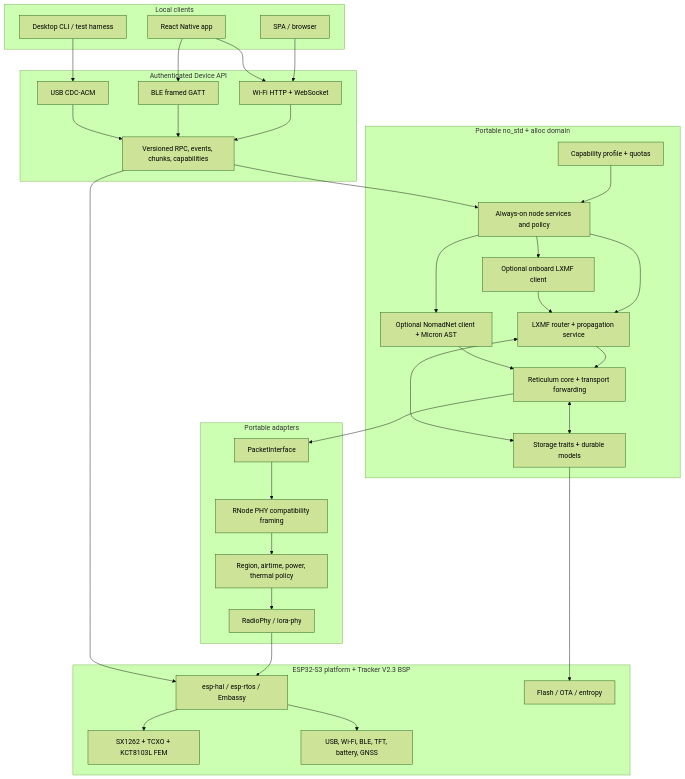
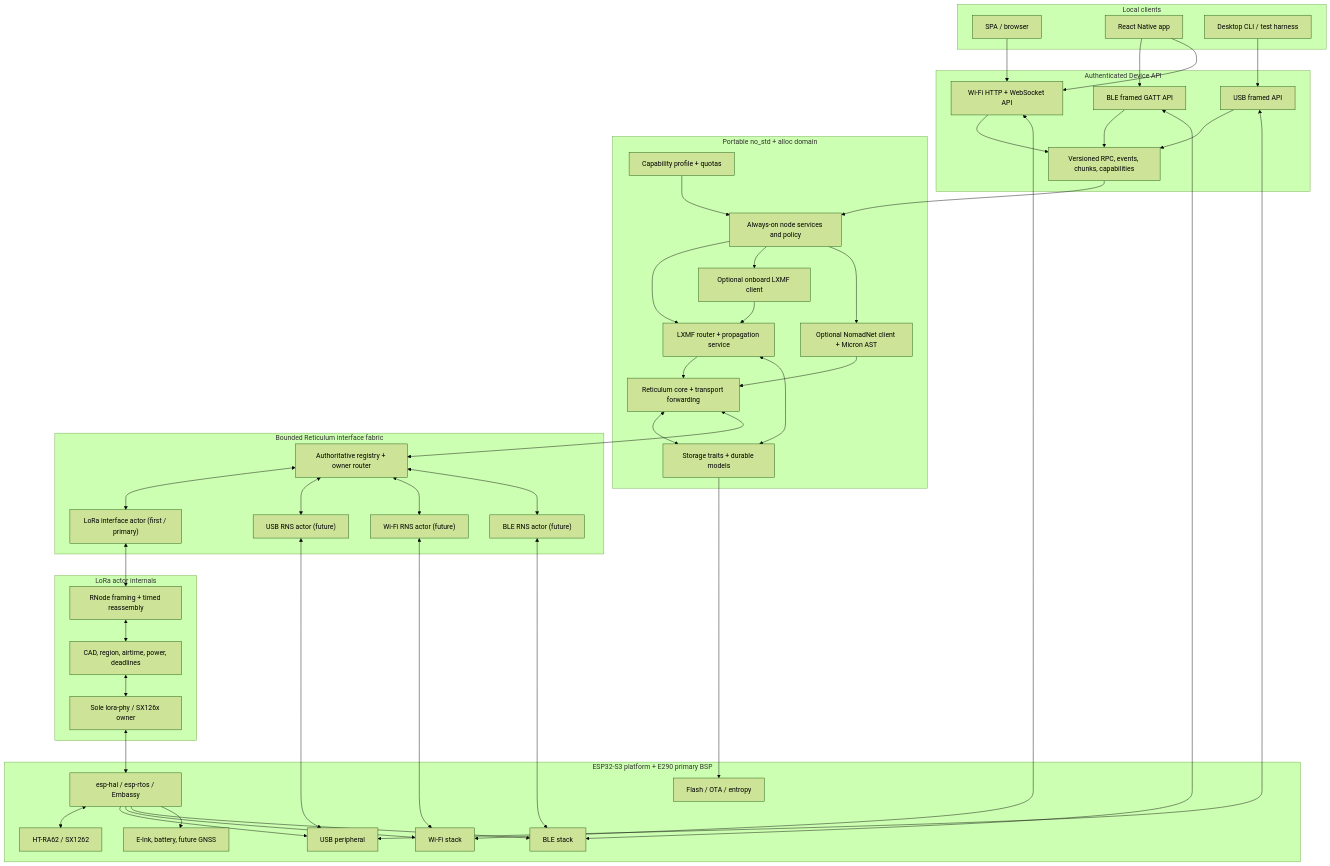
Before and after one commit to evelant/reticulum-rs-firmware: the diagram in docs/firmware-architecture.md, drawn with Mermaid (forest theme). The commit also changed other lines of this file and 142 other files, not shown here.

````diff
--- a/docs/firmware-architecture.md
+++ b/docs/firmware-architecture.md
@@ -515,9 +644,9 @@
     end
 
     subgraph Local["Authenticated Device API"]
-        WS["Wi-Fi HTTP + WebSocket"]
-        GATT["BLE framed GATT"]
-        CDC["USB CDC-ACM"]
+        WS["Wi-Fi HTTP + WebSocket API"]
+        GATT["BLE framed GATT API"]
+        CDC["USB framed API"]
         RPC["Versioned RPC, events, chunks, capabilities"]
     end
 
@@ -531,18 +660,28 @@
         STORE["Storage traits + durable models"]
     end
 
-    subgraph IO["Portable adapters"]
-        IFACE["PacketInterface"]
-        FRAME["RNode PHY compatibility framing"]
-        PHY["RadioPhy / lora-phy"]
-        POLICY["Region, airtime, power, thermal policy"]
+    subgraph Fabric["Bounded Reticulum interface fabric"]
+        REG["Authoritative registry + owner router"]
+        LORA["LoRa interface actor (first / primary)"]
+        USBRNS["USB RNS actor (future)"]
+        WIFIRNS["Wi-Fi RNS actor (future)"]
+        BLERNS["BLE RNS actor (future)"]
     end
 
-    subgraph Target["ESP32-S3 platform + Tracker V2.3 BSP"]
+    subgraph LoRa["LoRa actor internals"]
+        FRAME["RNode framing + timed reassembly"]
+        POLICY["CAD, region, airtime, power, deadlines"]
+        PHY["Sole lora-phy / SX126x owner"]
+    end
+
+    subgraph Target["ESP32-S3 platform + E290 primary BSP"]
         HAL["esp-hal / esp-rtos / Embassy"]
         FLASH["Flash / OTA / entropy"]
-        FEM["SX1262 + TCXO + KCT8103L FEM"]
-        PERIPH["USB, Wi-Fi, BLE, TFT, battery, GNSS"]
+        RADIO["HT-RA62 / SX1262"]
+        USB["USB peripheral"]
+        WIFI["Wi-Fi stack"]
+        BLE["BLE stack"]
+        PERIPH["E-Ink, battery, future GNSS"]
     end
 
     SPA --> WS
@@ -562,9 +701,22 @@
     NOMAD --> RNS
     RNS <--> STORE
     LXMF <--> STORE
-    RNS --> IFACE --> FRAME --> POLICY --> PHY
-    PHY --> HAL --> FEM
-    RPC --> HAL
+    RNS <--> REG
+    REG <--> LORA
+    REG <--> USBRNS
+    REG <--> WIFIRNS
+    REG <--> BLERNS
+    LORA <--> FRAME <--> POLICY <--> PHY
+    PHY <--> HAL <--> RADIO
+    USBRNS <--> USB
+    WIFIRNS <--> WIFI
+    BLERNS <--> BLE
+    CDC <--> USB
+    WS <--> WIFI
+    GATT <--> BLE
     STORE --> FLASH
+    HAL --> USB
+    HAL --> WIFI
+    HAL --> BLE
     HAL --> PERIPH
 ```
````
